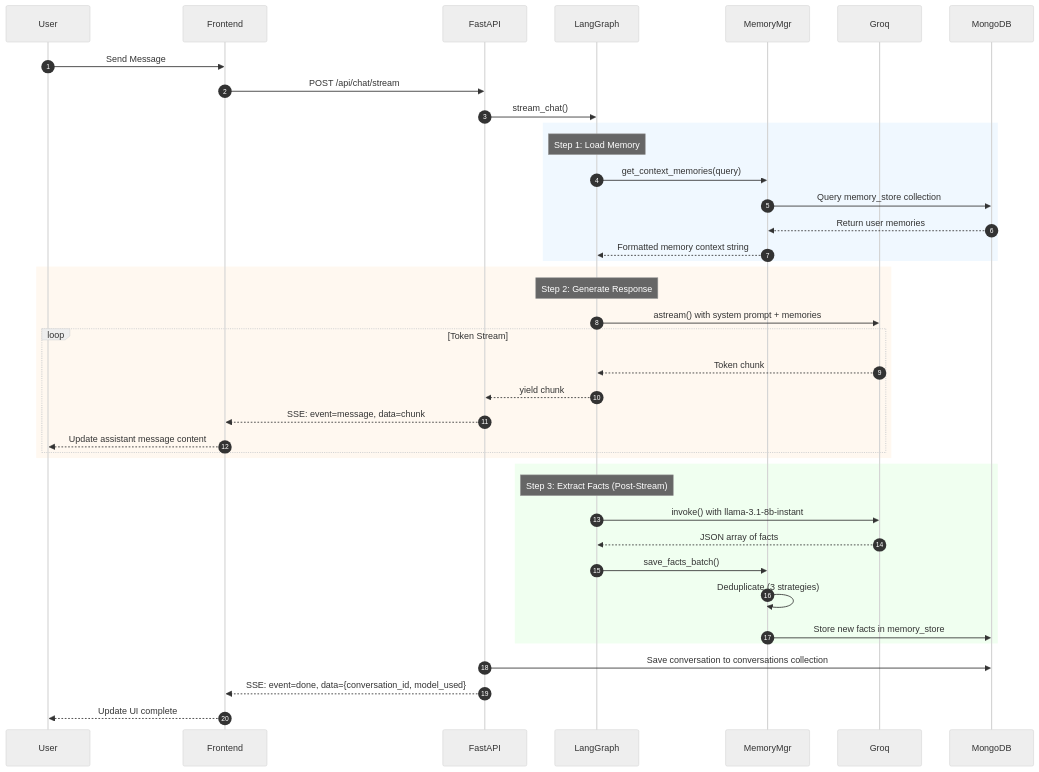
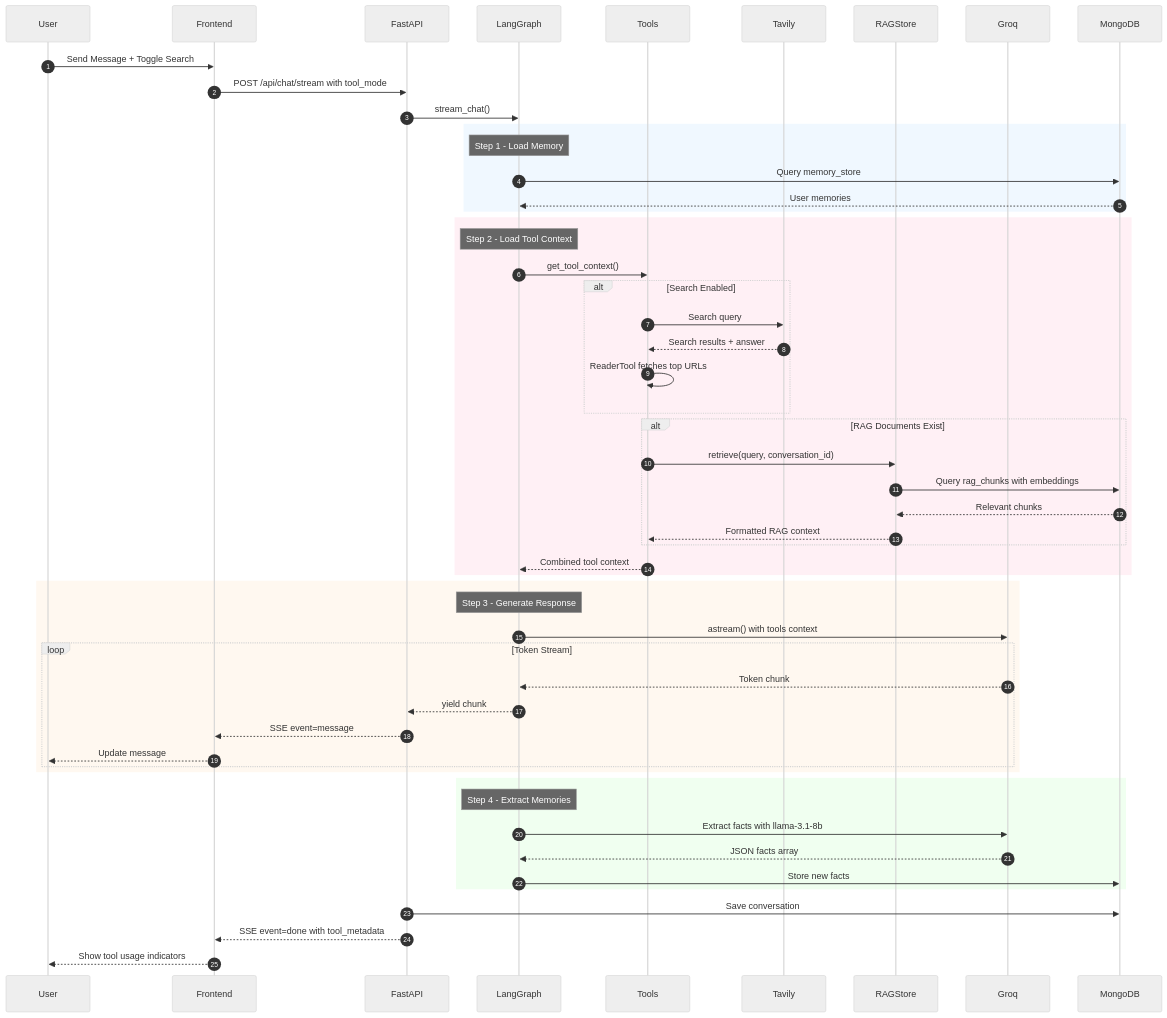
One commit to Aafimalek/t3_chat changed the second of 8 diagrams in README.md. Above: the diagram before and after it, drawn with Mermaid (neutral theme). The commit also changed other lines of this file, not shown here.

````diff
--- a/README.md
+++ b/README.md
@@ -134,47 +187,65 @@
 ```mermaid
 sequenceDiagram
     autonumber
     participant User
     participant Frontend
     participant FastAPI
     participant LangGraph
-    participant MemoryMgr
+    participant Tools
+    participant Tavily
+    participant RAGStore
     participant Groq
     participant MongoDB
 
-    User->>Frontend: Send Message
-    Frontend->>FastAPI: POST /api/chat/stream
+    User->>Frontend: Send Message + Toggle Search
+    Frontend->>FastAPI: POST /api/chat/stream with tool_mode
     FastAPI->>LangGraph: stream_chat()
     
     rect rgb(240, 248, 255)
-        Note over LangGraph: Step 1: Load Memory
-        LangGraph->>MemoryMgr: get_context_memories(query)
-        MemoryMgr->>MongoDB: Query memory_store collection
-        MongoDB-->>MemoryMgr: Return user memories
-        MemoryMgr-->>LangGraph: Formatted memory context string
+        Note over LangGraph: Step 1 - Load Memory
+        LangGraph->>MongoDB: Query memory_store
+        MongoDB-->>LangGraph: User memories
+    end
+
+    rect rgb(255, 240, 245)
+        Note over LangGraph: Step 2 - Load Tool Context
+        LangGraph->>Tools: get_tool_context()
+        
+        alt Search Enabled
+            Tools->>Tavily: Search query
+            Tavily-->>Tools: Search results + answer
+            Tools->>Tools: ReaderTool fetches top URLs
+        end
+        
+        alt RAG Documents Exist
+            Tools->>RAGStore: retrieve(query, conversation_id)
+            RAGStore->>MongoDB: Query rag_chunks with embeddings
+            MongoDB-->>RAGStore: Relevant chunks
+            RAGStore-->>Tools: Formatted RAG context
+        end
+        
+        Tools-->>LangGraph: Combined tool context
     end
 
     rect rgb(255, 248, 240)
-        Note over LangGraph: Step 2: Generate Response
-        LangGraph->>Groq: astream() with system prompt + memories
+        Note over LangGraph: Step 3 - Generate Response
+        LangGraph->>Groq: astream() with tools context
         loop Token Stream
             Groq-->>LangGraph: Token chunk
             LangGraph-->>FastAPI: yield chunk
-            FastAPI-->>Frontend: SSE: event=message, data=chunk
-            Frontend-->>User: Update assistant message content
+            FastAPI-->>Frontend: SSE event=message
+            Frontend-->>User: Update message
         end
     end
 
     rect rgb(240, 255, 240)
-        Note over LangGraph: Step 3: Extract Facts (Post-Stream)
-        LangGraph->>Groq: invoke() with llama-3.1-8b-instant
-        Groq-->>LangGraph: JSON array of facts
-        LangGraph->>MemoryMgr: save_facts_batch()
-        MemoryMgr->>MemoryMgr: Deduplicate (3 strategies)
-        MemoryMgr->>MongoDB: Store new facts in memory_store
+        Note over LangGraph: Step 4 - Extract Memories
+        LangGraph->>Groq: Extract facts with llama-3.1-8b
+        Groq-->>LangGraph: JSON facts array
+        LangGraph->>MongoDB: Store new facts
     end
 
-    FastAPI->>MongoDB: Save conversation to conversations collection
-    FastAPI-->>Frontend: SSE: event=done, data={conversation_id, model_used}
-    Frontend-->>User: Update UI complete
+    FastAPI->>MongoDB: Save conversation
+    FastAPI-->>Frontend: SSE event=done with tool_metadata
+    Frontend-->>User: Show tool usage indicators
 ```
````
